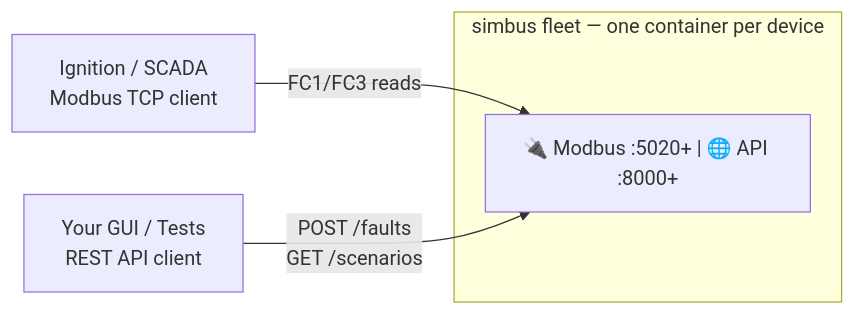
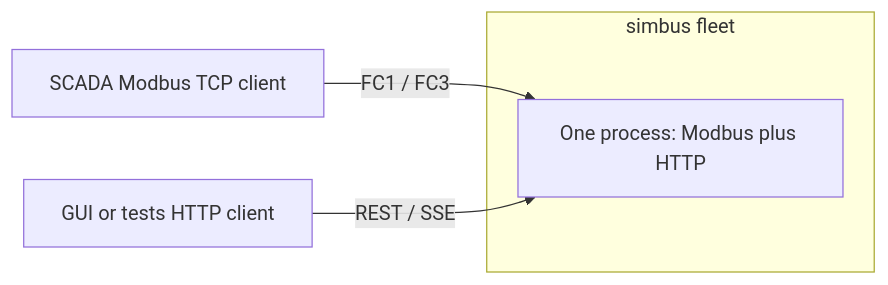
The first of 5 diagrams in README.md (obsidia-systems/simbus), drawn with Mermaid before and after one commit. The commit also changed other lines of this file and 15 other files, not shown here.

````diff
--- a/README.md
+++ b/README.md
@@ -18,12 +18,10 @@
 ```mermaid
 flowchart LR
-    subgraph fleet["simbus fleet — one container per device"]
-        device["🔌 Modbus :5020+ | 🌐 API :8000+"]
+    subgraph fleet [simbus fleet]
+        device[One process: Modbus plus HTTP]
     end
-
-    scada["Ignition / SCADA<br/>Modbus TCP client"]
-    gui["Your GUI / Tests<br/>REST API client"]
-
-    scada -->|FC1/FC3 reads| device
-    gui -->|POST /faults<br/>GET /scenarios| device
+    scada[SCADA Modbus TCP client]
+    gui[GUI or tests HTTP client]
+    scada -->|FC1 / FC3| device
+    gui -->|REST / SSE| device
 ```
````
